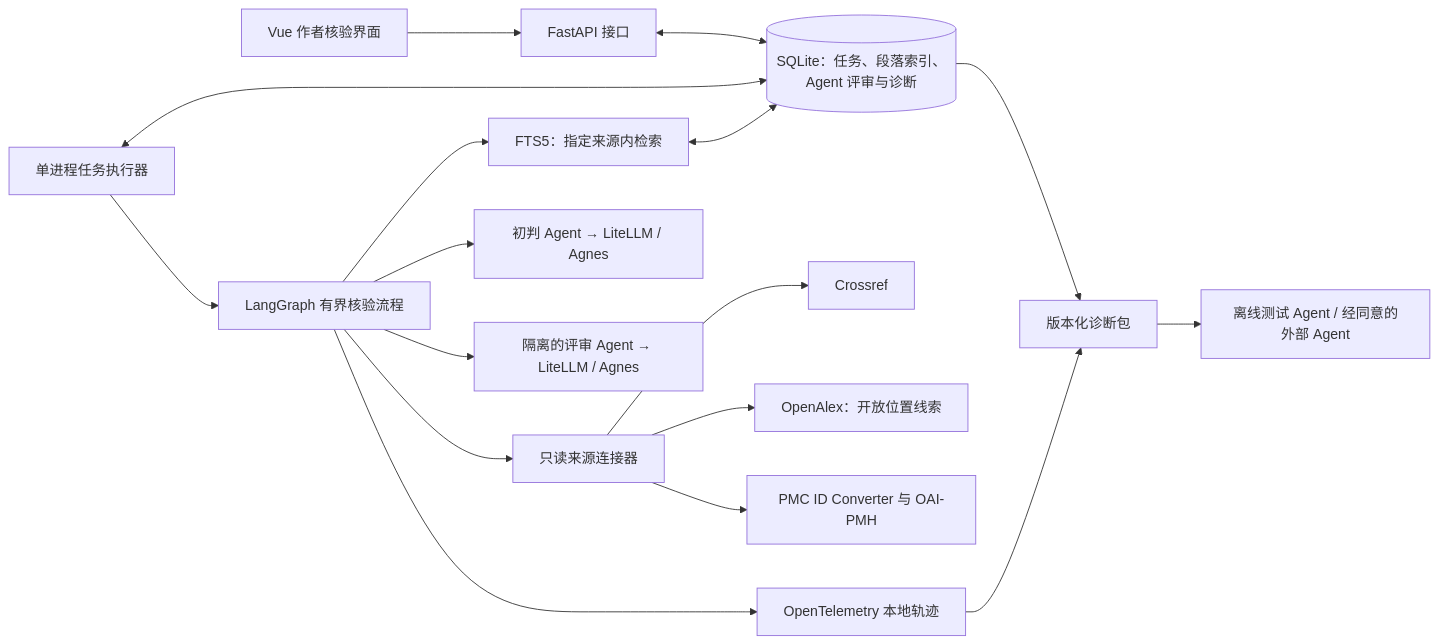
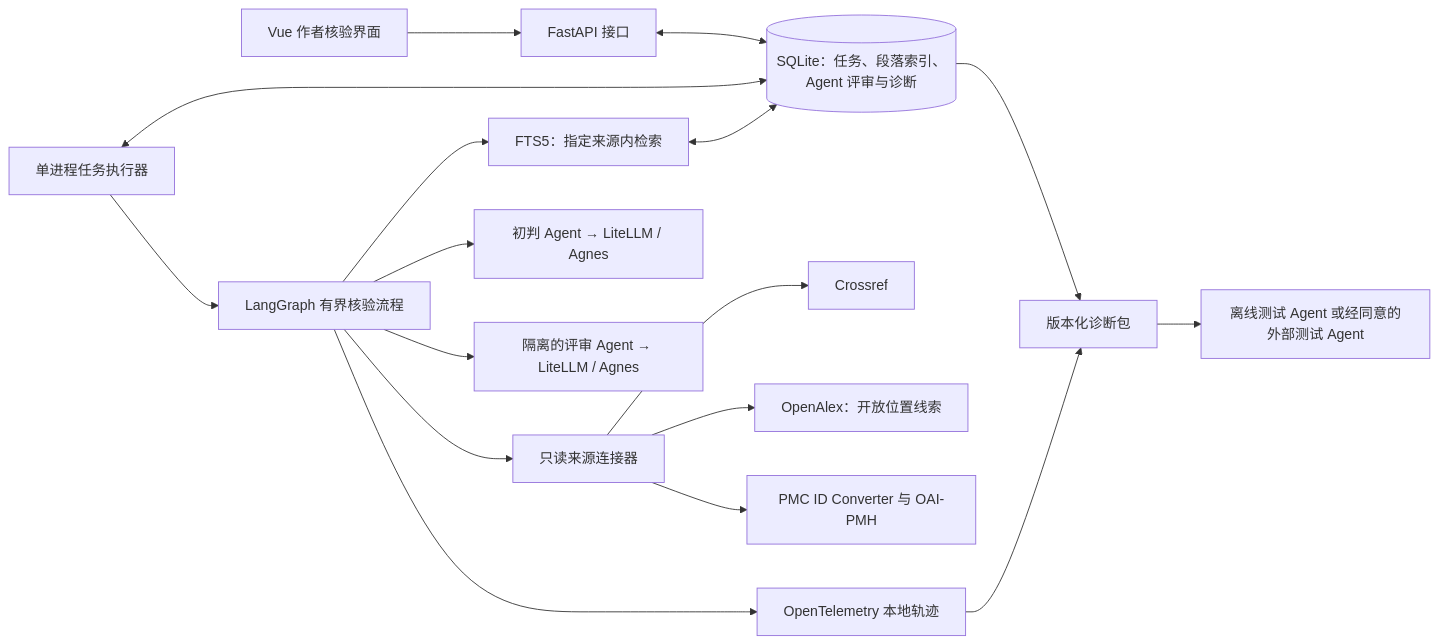
Before and after one commit to wynxing/paper-evidence-agent: the first of 3 diagrams in docs/architecture.md, drawn with Mermaid. The commit also changed other lines of this file and 5 other files, not shown here.

````diff
--- a/docs/architecture.md
+++ b/docs/architecture.md
@@ -9,19 +16,19 @@
 ```mermaid
 flowchart LR
     UI["Vue 作者核验界面"] --> API["FastAPI 接口"]
     API <--> DB[("SQLite：任务、段落索引、Agent 评审与诊断")]
     Worker["单进程任务执行器"] <--> DB
     Worker --> Graph["LangGraph 有界核验流程"]
     Graph --> Sources["只读来源连接器"]
     Sources --> Crossref["Crossref"]
     Sources --> OpenAlex["OpenAlex：开放位置线索"]
     Sources --> PMC["PMC ID Converter 与 OAI-PMH"]
     Graph --> Search["FTS5：指定来源内检索"]
     Search <--> DB
     Graph --> Initial["初判 Agent → LiteLLM / Agnes"]
     Graph --> Reviewer["隔离的评审 Agent → LiteLLM / Agnes"]
     Graph --> Trace["OpenTelemetry 本地轨迹"]
     DB --> Packet["版本化诊断包"]
     Trace --> Packet
-    Packet --> TestAgent["离线测试 Agent / 经同意的外部 Agent"]
+    Packet --> TestAgent["离线测试 Agent 或经同意的外部测试 Agent"]
 ```
````
